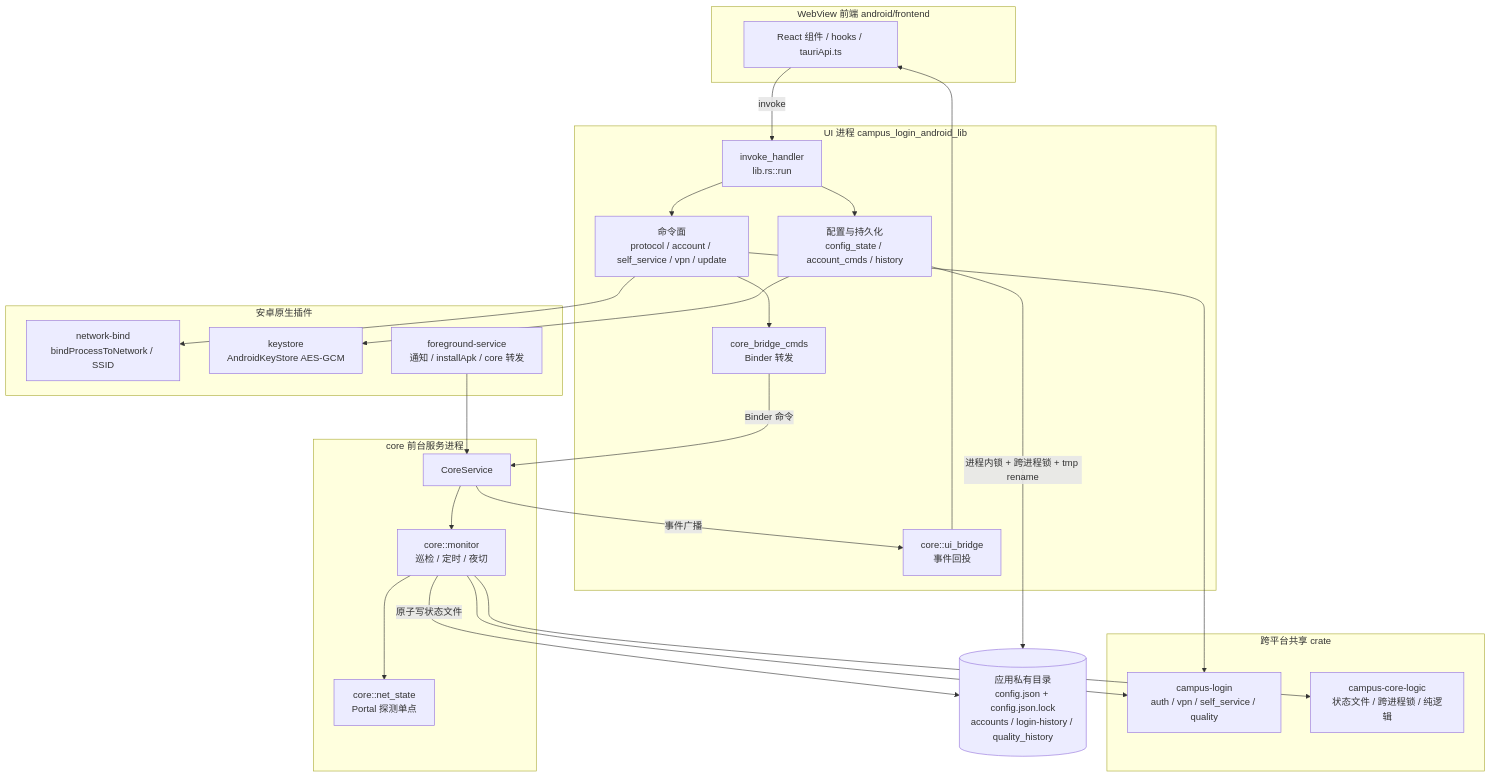
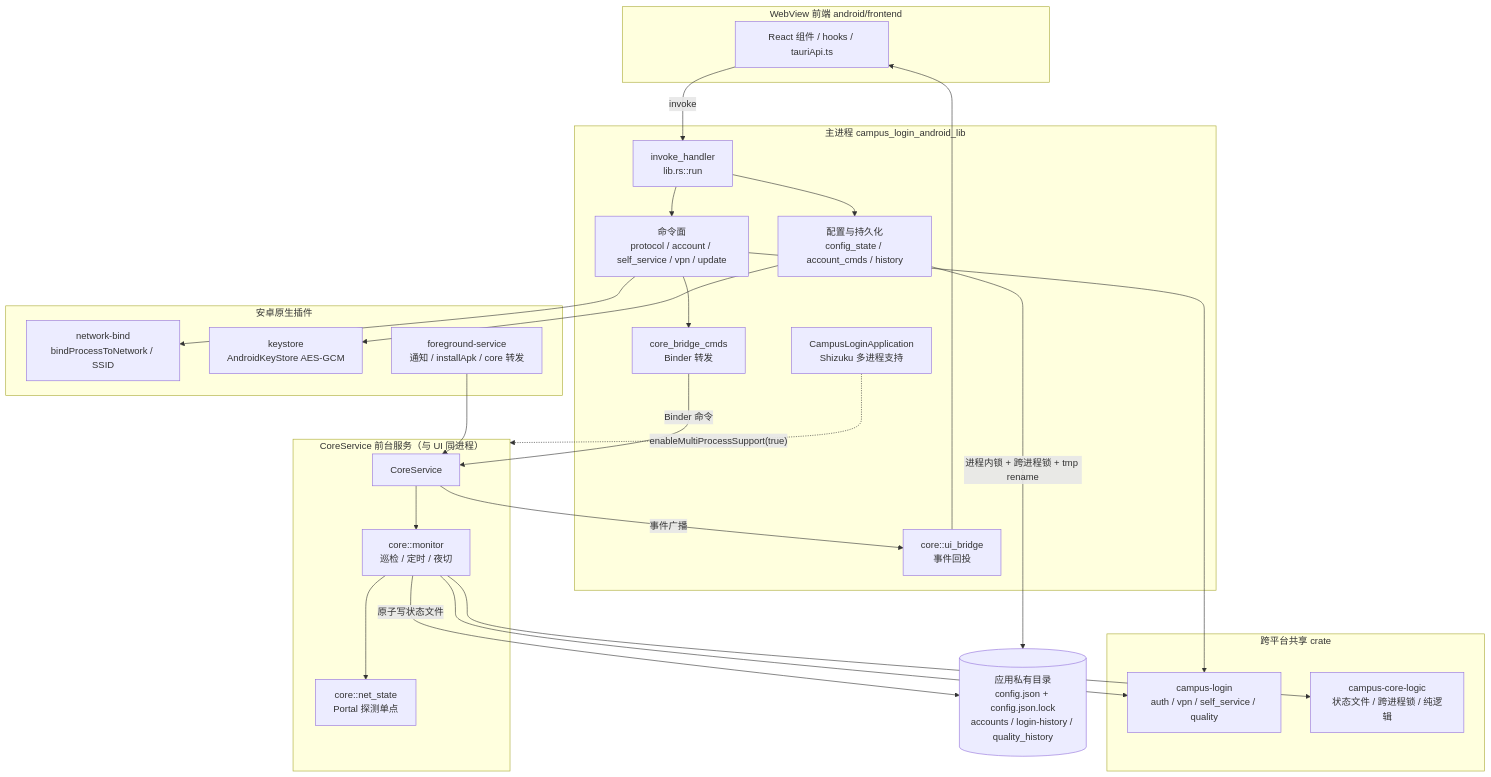
One commit to ikliml666/Wxxy-CampusLogin changed the first of 2 diagrams in .codewiki/modules/android-backend-tauri.md. Above: the diagram before and after it, drawn with Mermaid. The commit also changed other lines of this file and 20 other files, not shown here.

````diff
--- a/.codewiki/modules/android-backend-tauri.md
+++ b/.codewiki/modules/android-backend-tauri.md
@@ -70,51 +93,53 @@
 ```mermaid
 flowchart TB
     subgraph FE["WebView 前端 android/frontend"]
         UI["React 组件 / hooks / tauriApi.ts"]
     end
 
-    subgraph UIPROC["UI 进程 campus_login_android_lib"]
+    subgraph UIPROC["主进程 campus_login_android_lib"]
         HANDLER["invoke_handler<br/>lib.rs::run"]
         CMDS["命令面<br/>protocol / account / self_service / vpn / update"]
         CFG["配置与持久化<br/>config_state / account_cmds / history"]
         BRIDGE["core_bridge_cmds<br/>Binder 转发"]
         UIB["core::ui_bridge<br/>事件回投"]
+        APP["CampusLoginApplication<br/>Shizuku 多进程支持"]
     end
 
-    subgraph COREPROC["core 前台服务进程"]
+    subgraph COREPROC["CoreService 前台服务（与 UI 同进程）"]
         SVC["CoreService"]
         MON["core::monitor<br/>巡检 / 定时 / 夜切"]
         NETSTATE["core::net_state<br/>Portal 探测单点"]
     end
 
     subgraph PLUGINS["安卓原生插件"]
         NB["network-bind<br/>bindProcessToNetwork / SSID"]
         KS["keystore<br/>AndroidKeyStore AES-GCM"]
         MS["foreground-service<br/>通知 / installApk / core 转发"]
     end
 
     subgraph SHARED["跨平台共享 crate"]
         LIB["campus-login<br/>auth / vpn / self_service / quality"]
         LOGIC["campus-core-logic<br/>状态文件 / 跨进程锁 / 纯逻辑"]
     end
 
     DISK[("应用私有目录<br/>config.json + config.json.lock<br/>accounts / login-history / quality_history")]
 
     UI -->|invoke| HANDLER
     HANDLER --> CMDS
     HANDLER --> CFG
     CMDS --> LIB
     CMDS --> NB
     CFG --> KS
     CMDS --> BRIDGE
     BRIDGE -->|Binder 命令| SVC
     SVC --> MON
     MON --> NETSTATE
     MON --> LIB
     MON --> LOGIC
     MON -->|原子写状态文件| DISK
     CFG -->|进程内锁 + 跨进程锁 + tmp rename| DISK
     MS --> SVC
+    APP -.->|"enableMultiProcessSupport(true)"| COREPROC
     SVC -->|事件广播| UIB
     UIB --> UI
 ```
````
